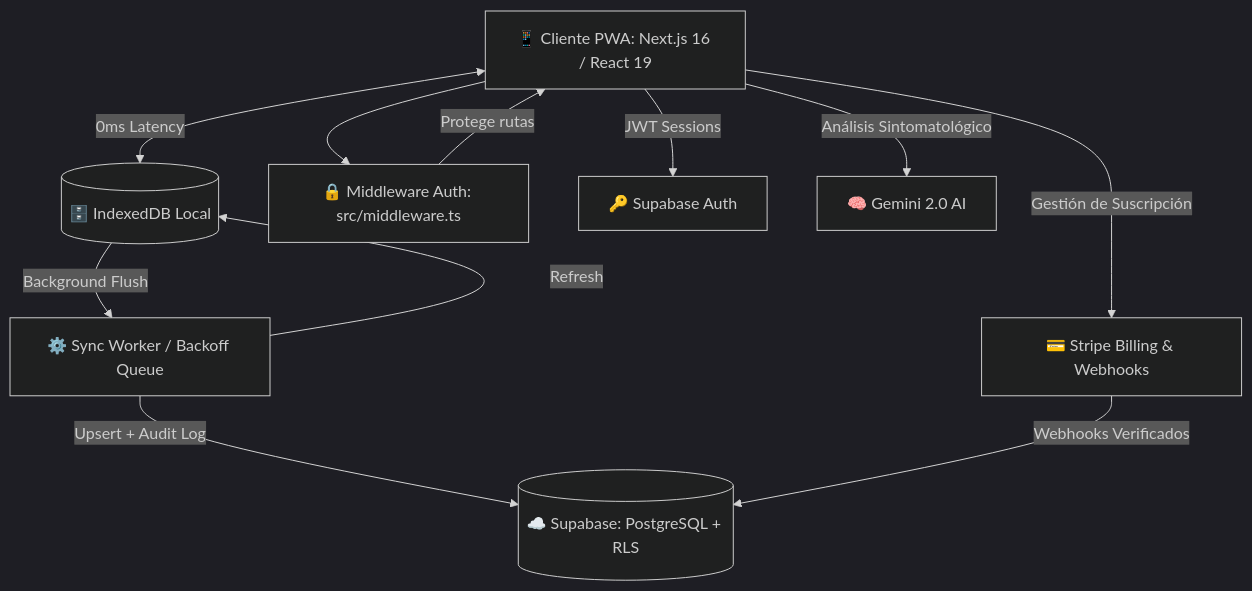
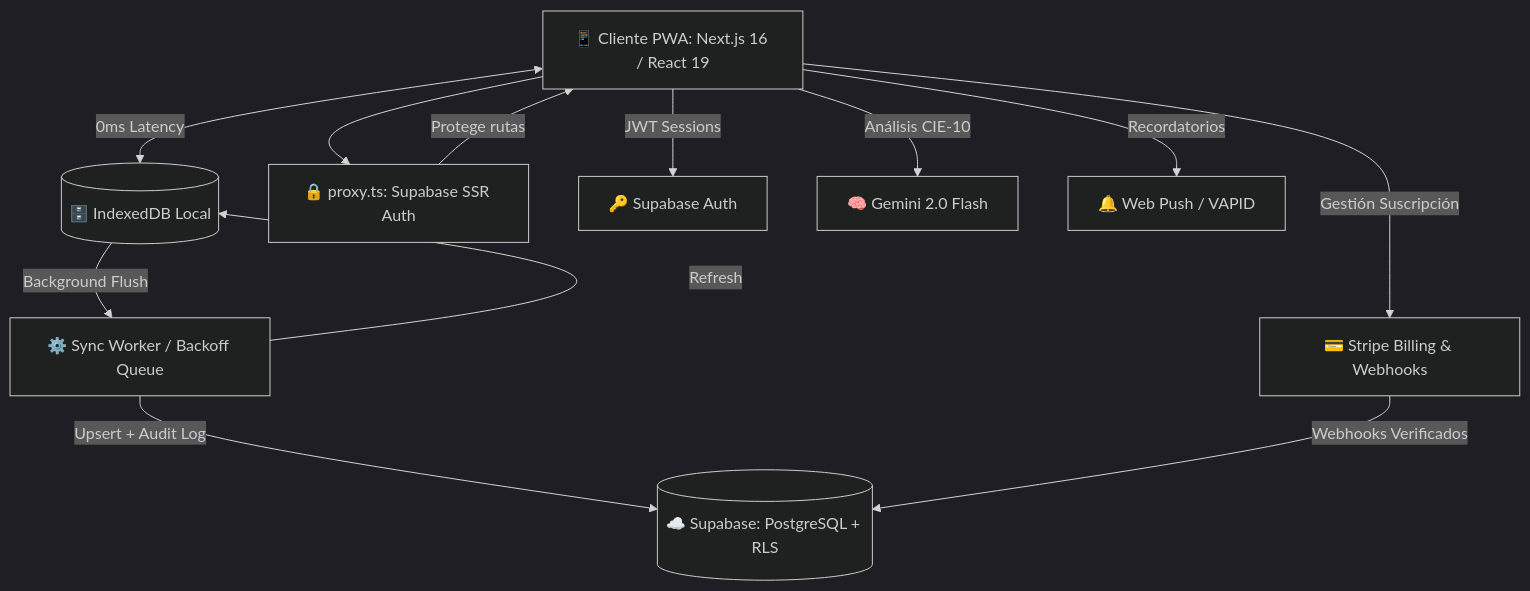
The diagram in README.md (khryazid/HCE), drawn with Mermaid (dark theme) before and after one commit. The commit also changed other lines of this file and 1 other file, not shown here.

````diff
--- a/README.md
+++ b/README.md
@@ -79,22 +85,24 @@
 ```mermaid
 graph TD
     Client[📱 Cliente PWA: Next.js 16 / React 19]
     IDB[(🗄️ IndexedDB Local)]
-    MW[🔒 Middleware Auth: src/middleware.ts]
+    PROXY[🔒 proxy.ts: Supabase SSR Auth]
     SW[⚙️ Sync Worker / Backoff Queue]
     SupabaseDB[(☁️ Supabase: PostgreSQL + RLS)]
     Auth[🔑 Supabase Auth]
-    AI[🧠 Gemini 2.0 AI]
+    AI[🧠 Gemini 2.0 Flash]
     Stripe[💳 Stripe Billing & Webhooks]
+    Push[🔔 Web Push / VAPID]
 
-    Client --> MW
-    MW -->|Protege rutas| Client
+    Client --> PROXY
+    PROXY -->|Protege rutas| Client
     Client <-->|0ms Latency| IDB
     IDB -->|Background Flush| SW
     SW -->|Upsert + Audit Log| SupabaseDB
     SW -->|Refresh| IDB
     Client -->|JWT Sessions| Auth
-    Client -->|Análisis Sintomatológico| AI
-    Client -->|Gestión de Suscripción| Stripe
+    Client -->|Análisis CIE-10| AI
+    Client -->|Gestión Suscripción| Stripe
     Stripe -->|Webhooks Verificados| SupabaseDB
+    Client -->|Recordatorios| Push
 ```
````
